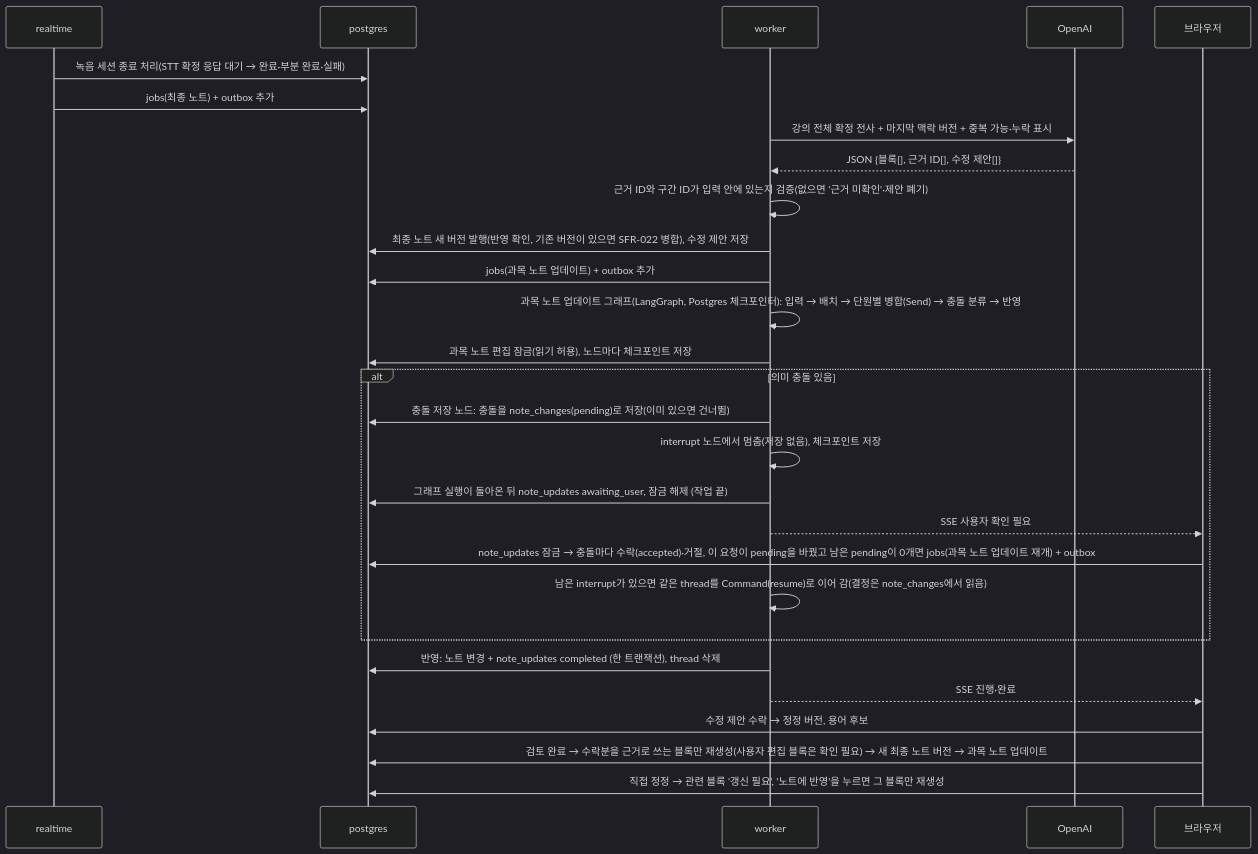
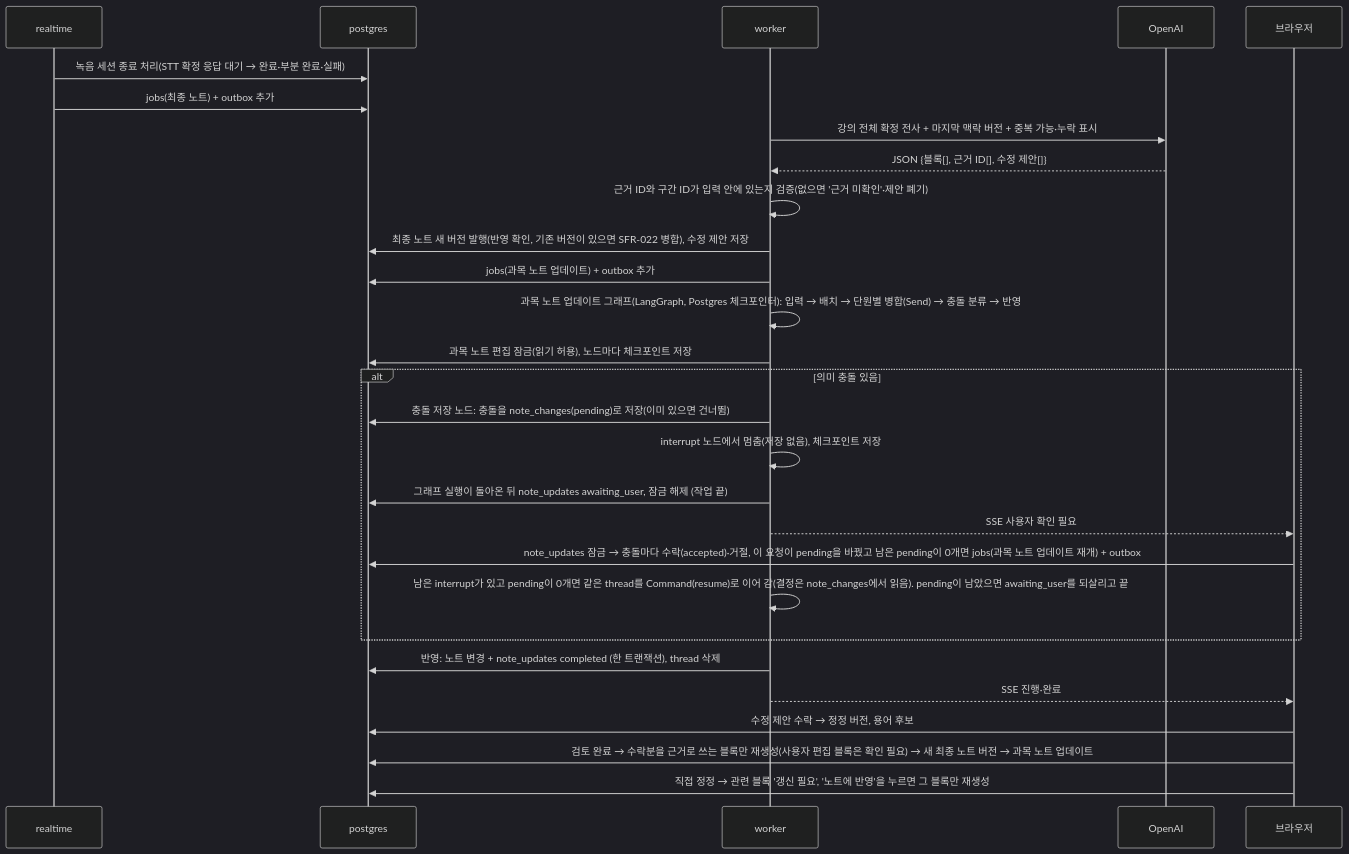
The sixth of 11 diagrams in docs/architecture.md (MinGyu-Kim0/notree), drawn with Mermaid (dark theme) before and after one commit. The commit also changed 3 other files, not shown here.

````diff
--- a/docs/architecture.md
+++ b/docs/architecture.md
@@ -190,30 +190,30 @@
 ```mermaid
 sequenceDiagram
   participant R as realtime
   participant P as postgres
   participant K as worker
   participant CL as OpenAI
   participant B as 브라우저
   R->>P: 녹음 세션 종료 처리(STT 확정 응답 대기 → 완료·부분 완료·실패)
   R->>P: jobs(최종 노트) + outbox 추가
   K->>CL: 강의 전체 확정 전사 + 마지막 맥락 버전 + 중복 가능·누락 표시
   CL-->>K: JSON {블록[], 근거 ID[], 수정 제안[]}
   K->>K: 근거 ID와 구간 ID가 입력 안에 있는지 검증(없으면 '근거 미확인'·제안 폐기)
   K->>P: 최종 노트 새 버전 발행(반영 확인, 기존 버전이 있으면 SFR-022 병합), 수정 제안 저장
   K->>P: jobs(과목 노트 업데이트) + outbox 추가
   K->>K: 과목 노트 업데이트 그래프(LangGraph, Postgres 체크포인터): 입력 → 배치 → 단원별 병합(Send) → 충돌 분류 → 반영
   K->>P: 과목 노트 편집 잠금(읽기 허용), 노드마다 체크포인트 저장
   alt 의미 충돌 있음
     K->>P: 충돌 저장 노드: 충돌을 note_changes(pending)로 저장(이미 있으면 건너뜀)
     K->>K: interrupt 노드에서 멈춤(저장 없음), 체크포인트 저장
     K->>P: 그래프 실행이 돌아온 뒤 note_updates awaiting_user, 잠금 해제 (작업 끝)
     K-->>B: SSE 사용자 확인 필요
     B->>P: note_updates 잠금 → 충돌마다 수락(accepted)·거절, 이 요청이 pending을 바꿨고 남은 pending이 0개면 jobs(과목 노트 업데이트 재개) + outbox
-    K->>K: 남은 interrupt가 있으면 같은 thread를 Command(resume)로 이어 감(결정은 note_changes에서 읽음)
+    K->>K: 남은 interrupt가 있고 pending이 0개면 같은 thread를 Command(resume)로 이어 감(결정은 note_changes에서 읽음). pending이 남았으면 awaiting_user를 되살리고 끝
   end
   K->>P: 반영: 노트 변경 + note_updates completed (한 트랜잭션), thread 삭제
   K-->>B: SSE 진행·완료
   B->>P: 수정 제안 수락 → 정정 버전, 용어 후보
   B->>P: 검토 완료 → 수락분을 근거로 쓰는 블록만 재생성(사용자 편집 블록은 확인 필요) → 새 최종 노트 버전 → 과목 노트 업데이트
   B->>P: 직접 정정 → 관련 블록 '갱신 필요', '노트에 반영'을 누르면 그 블록만 재생성
 ```
````
